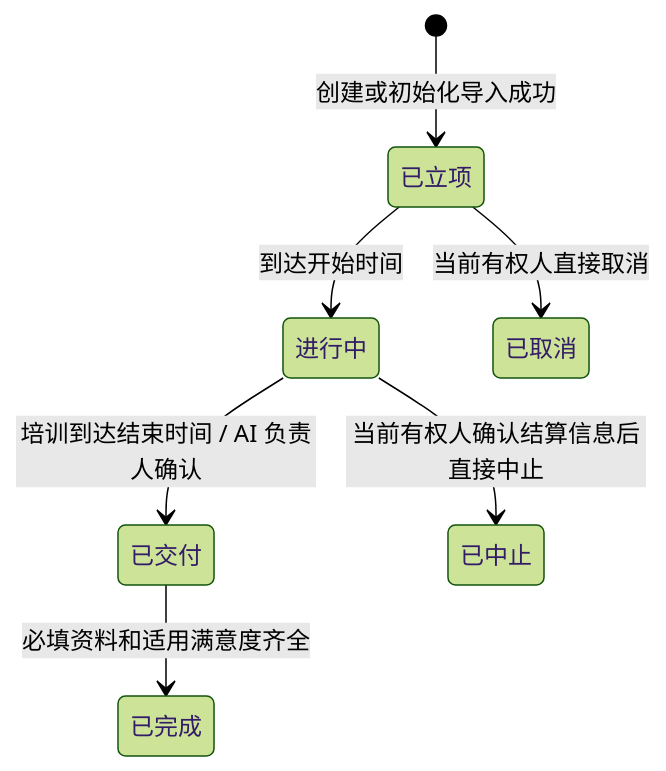
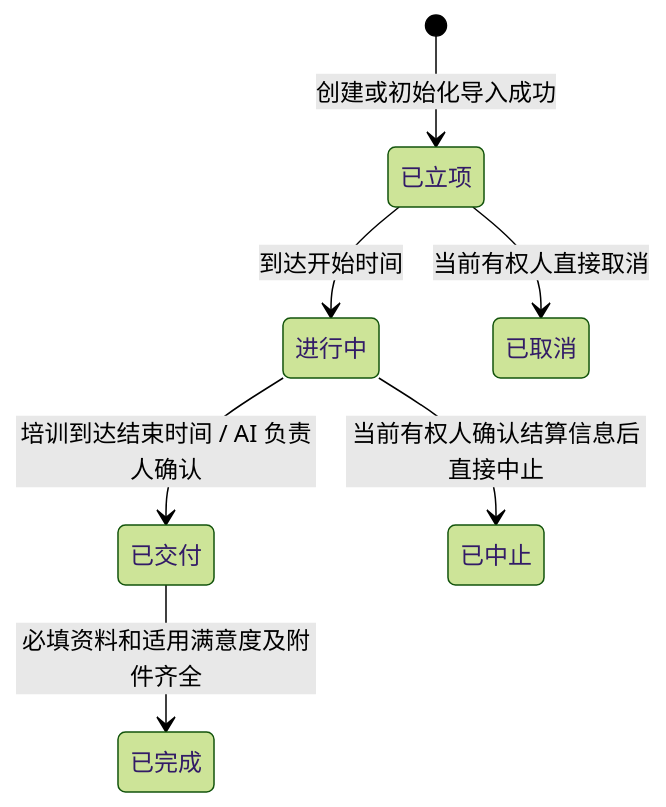
Before and after one commit to Joker-1030/Yingjia-Internal-Management-System: the second of 3 diagrams in prd-workspace/current/shared/04-core-objects-and-states.md, drawn with Mermaid (forest theme). The commit also changed other lines of this file and 28 other files, not shown here.

````diff
--- a/prd-workspace/current/shared/04-core-objects-and-states.md
+++ b/prd-workspace/current/shared/04-core-objects-and-states.md
@@ -71,9 +72,9 @@
 ```mermaid
 stateDiagram-v2
     [*] --> 已立项: 创建或初始化导入成功
     已立项 --> 进行中: 到达开始时间
     进行中 --> 已交付: 培训到达结束时间 / AI 负责人确认
-    已交付 --> 已完成: 必填资料和适用满意度齐全
+    已交付 --> 已完成: 必填资料和适用满意度及附件齐全
     已立项 --> 已取消: 当前有权人直接取消
     进行中 --> 已中止: 当前有权人确认结算信息后直接中止
 ```
````
